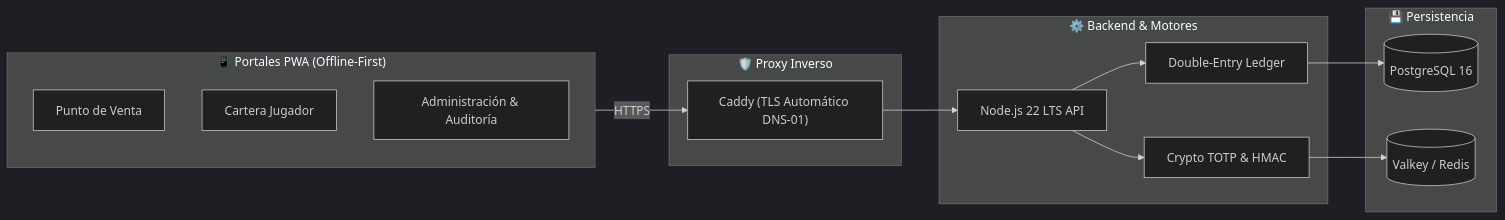
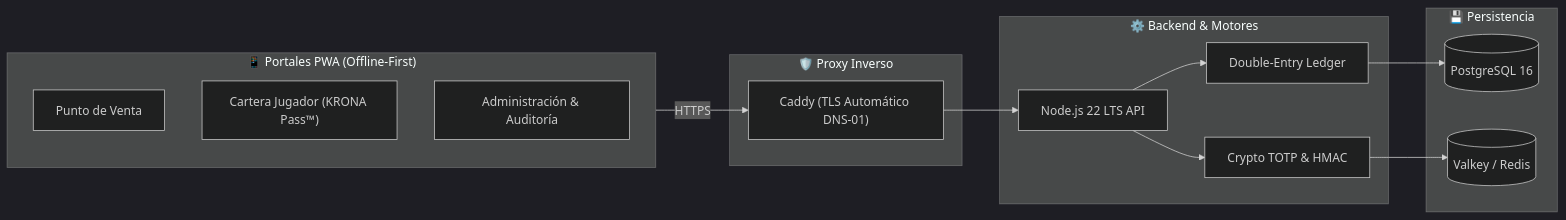
Before and after one commit to chamakov/krona-vault: the diagram in README.md, drawn with Mermaid (dark theme). The commit also changed other lines of this file and 16 other files, not shown here.

````diff
--- a/README.md
+++ b/README.md
@@ -65,30 +65,30 @@
 ```mermaid
 flowchart LR
     subgraph Frontend ["📱 Portales PWA (Offline-First)"]
         POS["Punto de Venta"]
-        Wallet["Cartera Jugador"]
+        Wallet["Cartera Jugador (KRONA Pass™)"]
         Admin["Administración & Auditoría"]
     end
 
     subgraph Gateway ["🛡️ Proxy Inverso"]
         Caddy["Caddy (TLS Automático DNS-01)"]
     end
 
     subgraph CoreApp ["⚙️ Backend & Motores"]
         API["Node.js 22 LTS API"]
         LedgerEngine["Double-Entry Ledger"]
         CryptoTotp["Crypto TOTP & HMAC"]
     end
 
     subgraph DataTier ["💾 Persistencia"]
         Postgres[("PostgreSQL 16")]
         Valkey[("Valkey / Redis")]
     end
 
     Frontend -->|HTTPS| Caddy
     Caddy --> API
     API --> LedgerEngine
     API --> CryptoTotp
     LedgerEngine --> Postgres
     CryptoTotp --> Valkey
 ```
````
